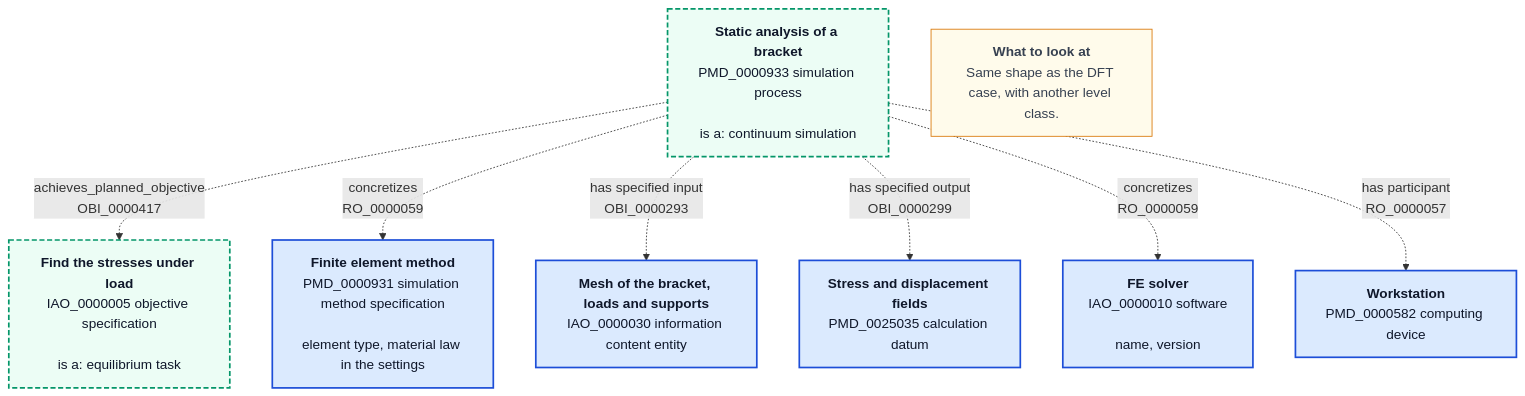
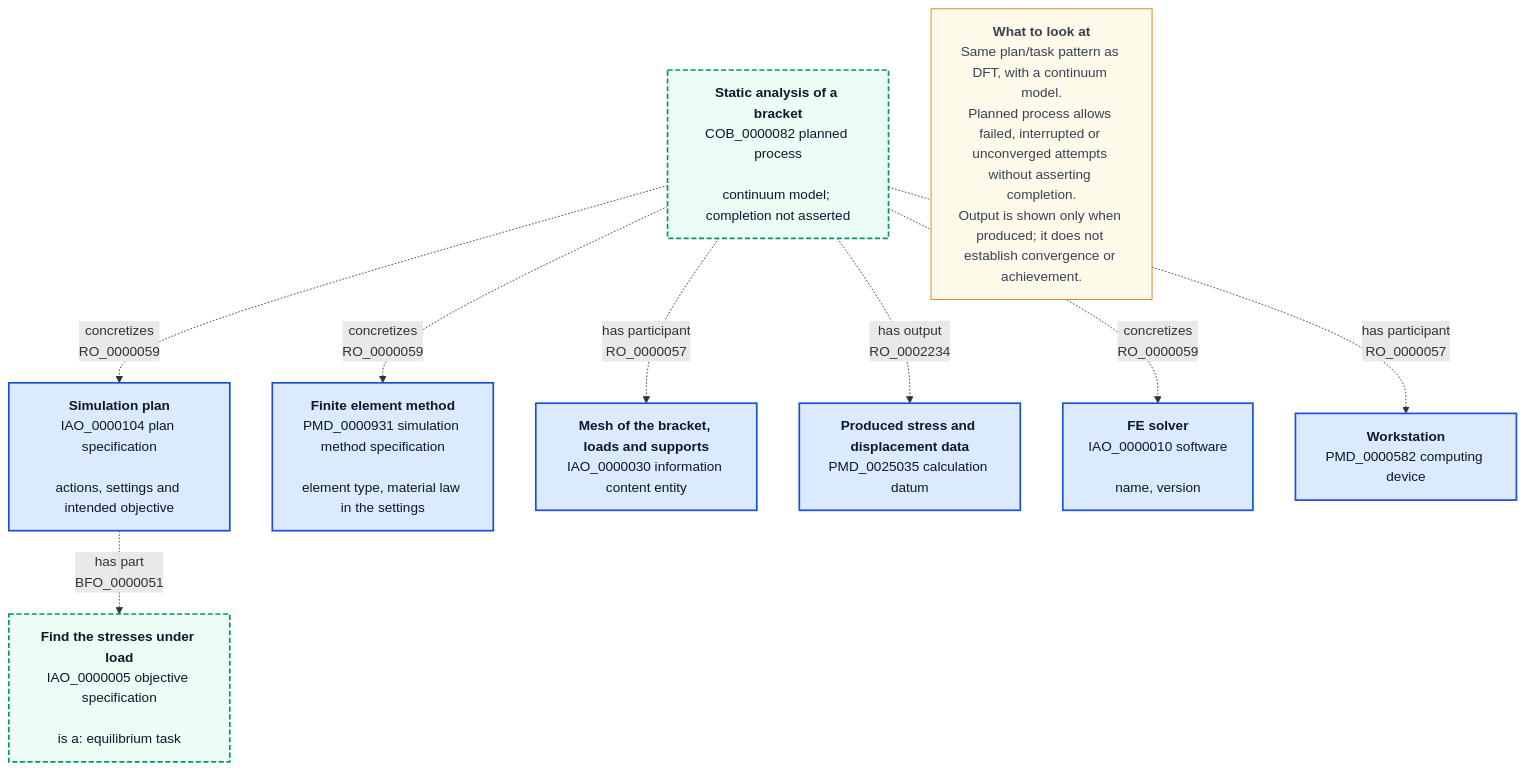
The diagram in web/options/c-model-level/fem.mmd (BAMresearch/mermantics), drawn with Mermaid before and after one commit. The commit also changed 12 other files, not shown here.

Commit message:
fix(web): distinguish intended objectives from achievement and correct AIMD hierarchy

```diff
--- a/web/options/c-model-level/fem.mmd
+++ b/web/options/c-model-level/fem.mmd
@@ -1,26 +1,28 @@
 flowchart TB
 
 %% Option C. One axis, model level: static FEM analysis
 %% Engineering: a static finite element analysis of a loaded steel bracket.
 
-    Analysis["<b>Static analysis of a bracket</b><br>PMD_0000933 simulation process<br><br>is a: continuum simulation"]:::proposed
+    Analysis["<b>Static analysis of a bracket</b><br>COB_0000082 planned process<br><br>continuum model; completion not asserted"]:::proposed
+    Spec["<b>Simulation plan</b><br>IAO_0000104 plan specification<br><br>actions, settings and intended objective"]:::local
     Task["<b>Find the stresses under load</b><br>IAO_0000005 objective specification<br><br>is a: equilibrium task"]:::proposed
     Solver["<b>Finite element method</b><br>PMD_0000931 simulation method specification<br><br>element type, material law in the settings"]:::local
     Mesh["<b>Mesh of the bracket, loads and supports</b><br>IAO_0000030 information content entity"]:::local
-    Stress["<b>Stress and displacement fields</b><br>PMD_0025035 calculation datum"]:::local
+    Stress["<b>Produced stress and displacement data</b><br>PMD_0025035 calculation datum"]:::local
     Code["<b>FE solver</b><br>IAO_0000010 software<br><br>name, version"]:::local
     Node["<b>Workstation</b><br>PMD_0000582 computing device"]:::local
-    Note["<b>What to look at</b><br>Same shape as the DFT case, with another level class."]:::note
+    Note["<b>What to look at</b><br>Same plan/task pattern as DFT, with a continuum model.<br>Planned process allows failed, interrupted or unconverged attempts without asserting completion.<br>Output is shown only when produced; it does not establish convergence or achievement."]:::note
 
-    Analysis -. "achieves_planned_objective<br>OBI_0000417" .-> Task
+    Analysis -. "concretizes<br>RO_0000059" .-> Spec
+    Spec -. "has part<br>BFO_0000051" .-> Task
     Analysis -. "concretizes<br>RO_0000059" .-> Solver
-    Analysis -. "has specified input<br>OBI_0000293" .-> Mesh
-    Analysis -. "has specified output<br>OBI_0000299" .-> Stress
+    Analysis -. "has participant<br>RO_0000057" .-> Mesh
+    Analysis -. "has output<br>RO_0002234" .-> Stress
     Analysis -. "concretizes<br>RO_0000059" .-> Code
     Analysis -. "has participant<br>RO_0000057" .-> Node
 
     classDef local fill:#dbeafe,stroke:#1d4ed8,stroke-width:2px,color:#0f172a
     classDef note fill:#fffbeb,stroke:#d97706,color:#374151
     classDef proposed fill:#ecfdf5,stroke:#059669,stroke-width:2px,stroke-dasharray:6 3,color:#0f172a
 
-%% mermantics-kinds {"Analysis":"process","Task":"plan","Solver":"plan","Mesh":"information","Stress":"data","Code":"software","Node":"device"}
+%% mermantics-kinds {"Spec":"plan","Analysis":"process","Task":"plan","Solver":"plan","Mesh":"information","Stress":"data","Code":"software","Node":"device"}
```
